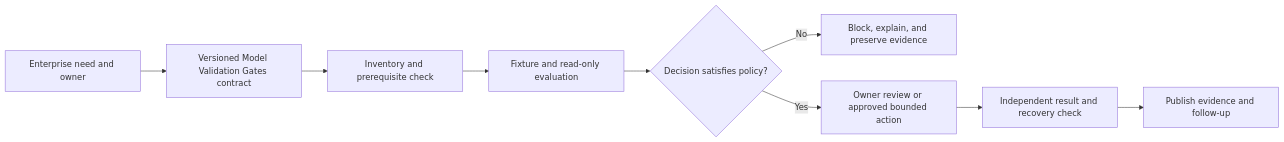
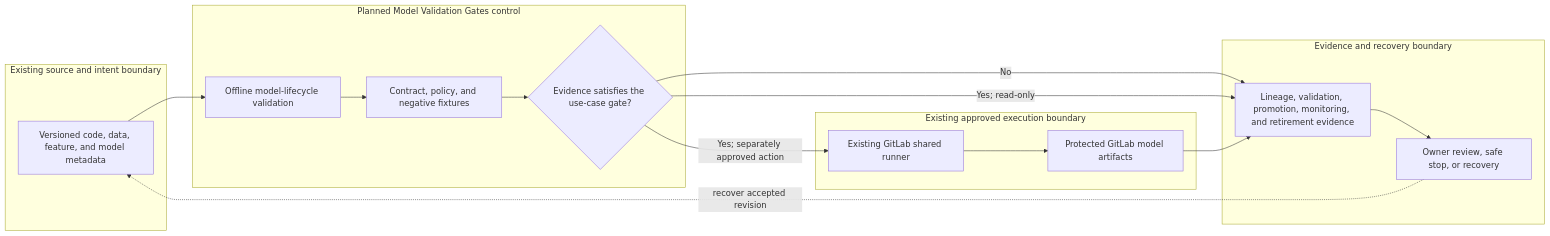
Before and after one commit to MIDHTECH/enterprise-architecture-docs: the diagram in docs/use-cases/mlops/UC-MLOPS-004-model-validation-gates.md, drawn with Mermaid. The commit also changed other lines of this file and 227 other files, not shown here.

Commit message:
Deepen architecture for all use case designs

````diff
--- a/docs/use-cases/mlops/UC-MLOPS-004-model-validation-gates.md
+++ b/docs/use-cases/mlops/UC-MLOPS-004-model-validation-gates.md
@@ -136,11 +129,25 @@
 ```mermaid
 flowchart LR
-    Need["Enterprise need and owner"] --> Contract["Versioned Model Validation Gates contract"]
-    Contract --> Preflight["Inventory and prerequisite check"]
-    Preflight --> Evaluate["Fixture and read-only evaluation"]
-    Evaluate --> Decision{"Decision satisfies policy?"}
-    Decision -->|No| Stop["Block, explain, and preserve evidence"]
-    Decision -->|Yes| Review["Owner review or approved bounded action"]
-    Review --> Verify["Independent result and recovery check"]
-    Verify --> Publish["Publish evidence and follow-up"]
+    subgraph Source["Existing source and intent boundary"]
+        A["Versioned code, data, feature, and model metadata"]
+    end
+    subgraph Planned["Planned Model Validation Gates control"]
+        B["Offline model-lifecycle validation"]
+        C["Contract, policy, and negative fixtures"]
+        D{"Evidence satisfies the use-case gate?"}
+    end
+    subgraph Runtime["Existing approved execution boundary"]
+        E["Existing GitLab shared runner"]
+        F["Protected GitLab model artifacts"]
+    end
+    subgraph Assurance["Evidence and recovery boundary"]
+        G["Lineage, validation, promotion, monitoring, and retirement evidence"]
+        H["Owner review, safe stop, or recovery"]
+    end
+
+    A --> B --> C --> D
+    D -->|No| G --> H
+    D -->|Yes; read-only| G
+    D -->|Yes; separately approved action| E --> F --> G
+    H -. recover accepted revision .-> A
 ```
````
